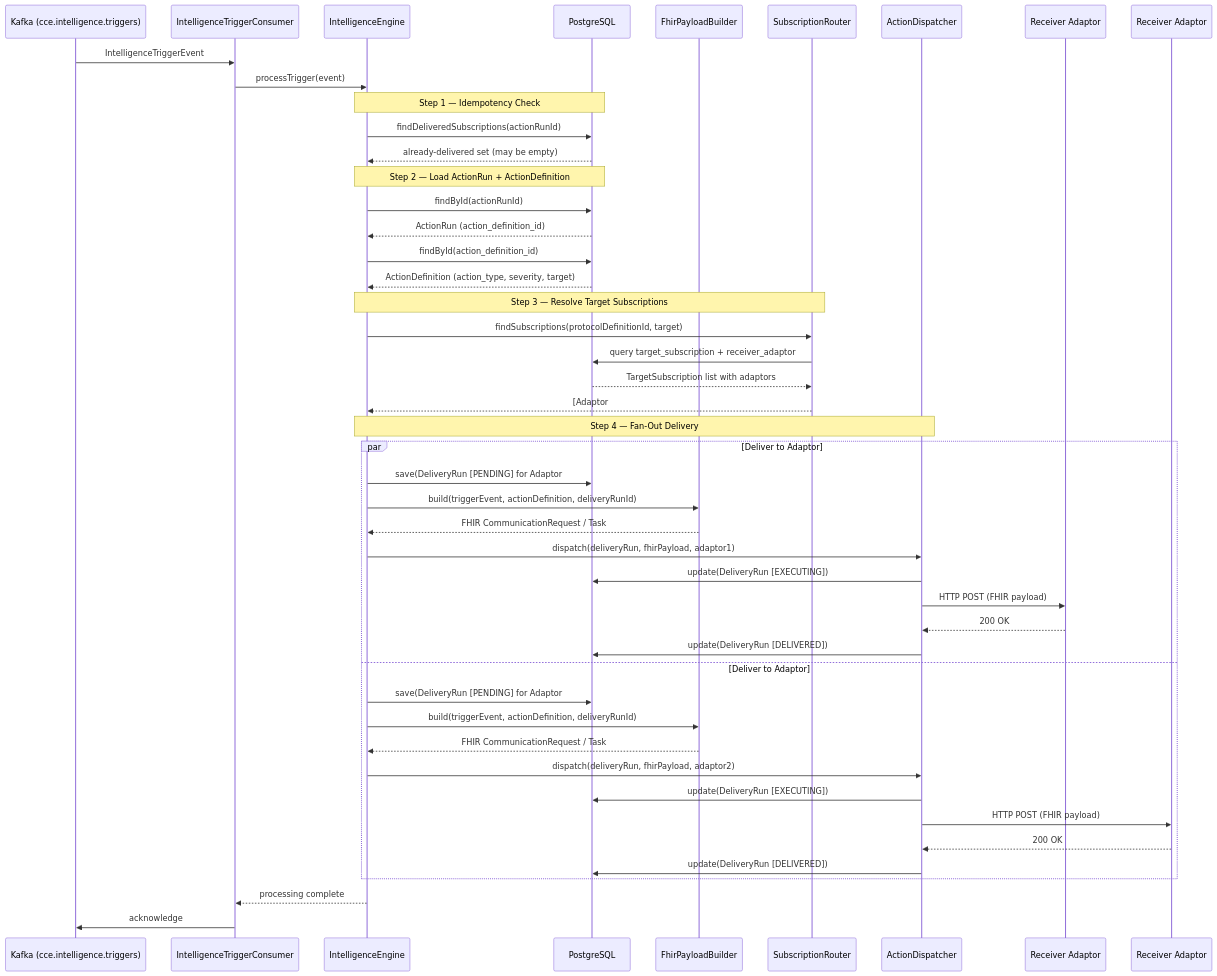
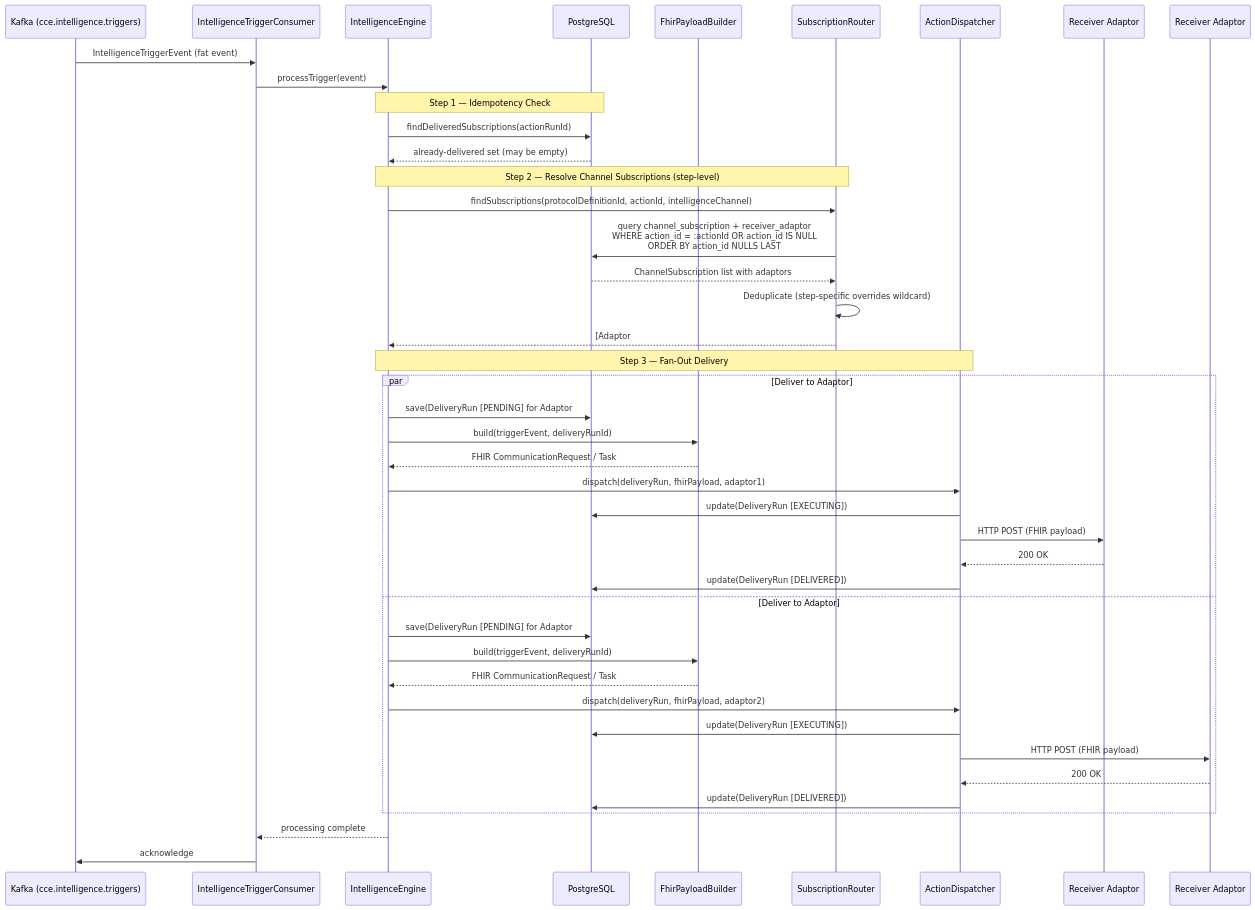
Before and after one commit to Jayaprakash8887/cce-intelligence-service: the second of 13 diagrams in docs/flow-diagrams.md, drawn with Mermaid. The commit also changed other lines of this file and 6 other files, not shown here.

Commit message:
documentation update with channel instead of target and FHIR rep of receiver adaptors

````diff
--- a/docs/flow-diagrams.md
+++ b/docs/flow-diagrams.md
@@ -59,55 +58,50 @@
 ```mermaid
 sequenceDiagram
     participant Kafka as Kafka (cce.intelligence.triggers)
     participant Consumer as IntelligenceTriggerConsumer
     participant Engine as IntelligenceEngine
     participant DB as PostgreSQL
     participant Builder as FhirPayloadBuilder
     participant Router as SubscriptionRouter
     participant Dispatcher as ActionDispatcher
     participant Webhook1 as Receiver Adaptor #1
     participant Webhook2 as Receiver Adaptor #2
 
-    Kafka->>Consumer: IntelligenceTriggerEvent
+    Kafka->>Consumer: IntelligenceTriggerEvent (fat event)
     Consumer->>Engine: processTrigger(event)
 
     Note over Engine,DB: Step 1 — Idempotency Check
     Engine->>DB: findDeliveredSubscriptions(actionRunId)
     DB-->>Engine: already-delivered set (may be empty)
 
-    Note over Engine,DB: Step 2 — Load ActionRun + ActionDefinition
-    Engine->>DB: findById(actionRunId)
-    DB-->>Engine: ActionRun (action_definition_id)
-    Engine->>DB: findById(action_definition_id)
-    DB-->>Engine: ActionDefinition (action_type, severity, target)
-
-    Note over Engine,Router: Step 3 — Resolve Target Subscriptions
-    Engine->>Router: findSubscriptions(protocolDefinitionId, target)
-    Router->>DB: query target_subscription + receiver_adaptor
-    DB-->>Router: TargetSubscription list with adaptors
+    Note over Engine,Router: Step 2 — Resolve Channel Subscriptions (step-level)
+    Engine->>Router: findSubscriptions(protocolDefinitionId, actionId, intelligenceChannel)
+    Router->>DB: query channel_subscription + receiver_adaptor<br/>WHERE action_id = :actionId OR action_id IS NULL<br/>ORDER BY action_id NULLS LAST
+    DB-->>Router: ChannelSubscription list with adaptors
+    Router->>Router: Deduplicate (step-specific overrides wildcard)
     Router-->>Engine: [Adaptor #1, Adaptor #2] minus already-delivered
 
-    Note over Engine,Dispatcher: Step 4 — Fan-Out Delivery
+    Note over Engine,Dispatcher: Step 3 — Fan-Out Delivery
     par Deliver to Adaptor #1
         Engine->>DB: save(DeliveryRun [PENDING] for Adaptor #1)
-        Engine->>Builder: build(triggerEvent, actionDefinition, deliveryRunId)
+        Engine->>Builder: build(triggerEvent, deliveryRunId)
         Builder-->>Engine: FHIR CommunicationRequest / Task
         Engine->>Dispatcher: dispatch(deliveryRun, fhirPayload, adaptor1)
         Dispatcher->>DB: update(DeliveryRun [EXECUTING])
         Dispatcher->>Webhook1: HTTP POST (FHIR payload)
         Webhook1-->>Dispatcher: 200 OK
         Dispatcher->>DB: update(DeliveryRun [DELIVERED])
     and Deliver to Adaptor #2
         Engine->>DB: save(DeliveryRun [PENDING] for Adaptor #2)
-        Engine->>Builder: build(triggerEvent, actionDefinition, deliveryRunId)
+        Engine->>Builder: build(triggerEvent, deliveryRunId)
         Builder-->>Engine: FHIR CommunicationRequest / Task
         Engine->>Dispatcher: dispatch(deliveryRun, fhirPayload, adaptor2)
         Dispatcher->>DB: update(DeliveryRun [EXECUTING])
         Dispatcher->>Webhook2: HTTP POST (FHIR payload)
         Webhook2-->>Dispatcher: 200 OK
         Dispatcher->>DB: update(DeliveryRun [DELIVERED])
     end
 
     Engine-->>Consumer: processing complete
     Consumer->>Kafka: acknowledge
 ```
````
